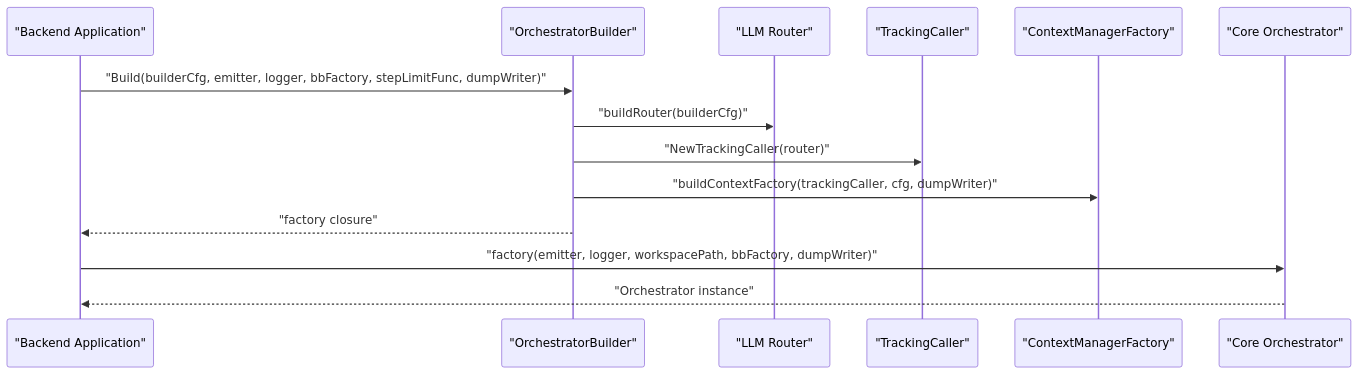
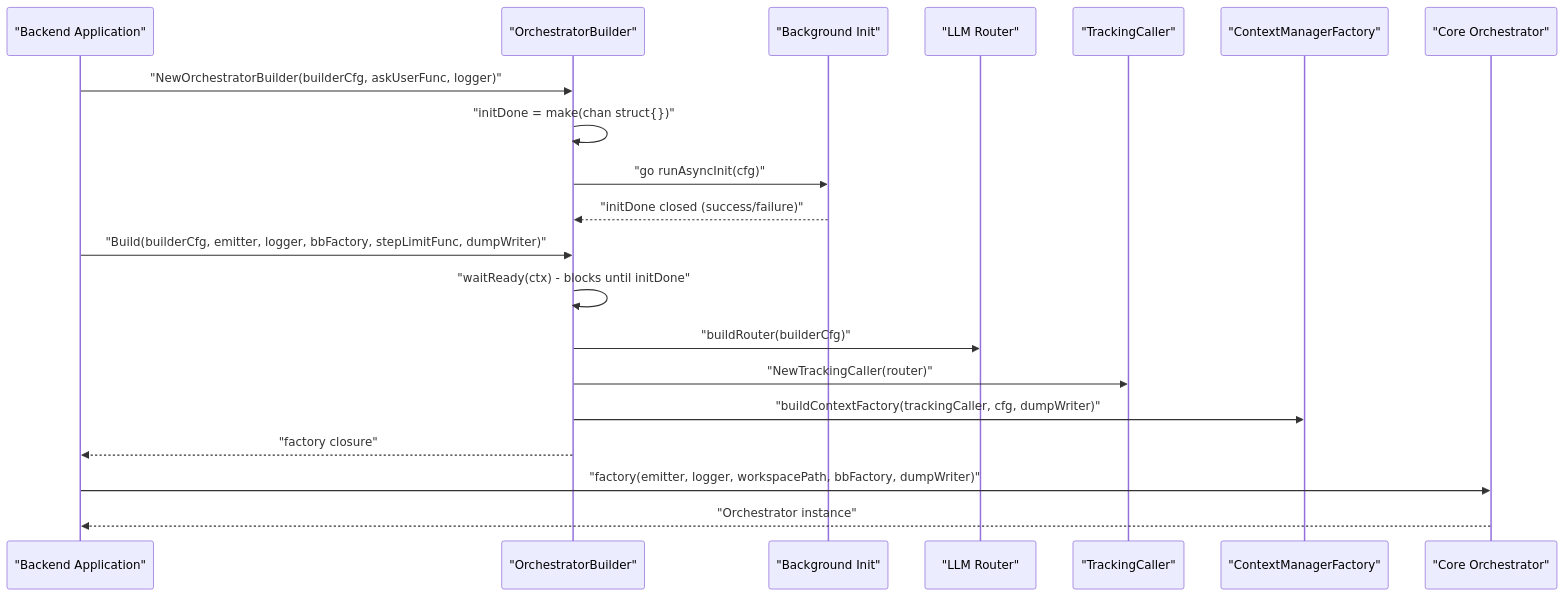
Before and after one commit to v0lka/c0wrk: the tenth of 15 diagrams in .qoder/repowiki/en/content/Core AI Engine/Orchestrator Architecture.md, drawn with Mermaid. The commit also changed other lines of this file and 8 other files, not shown here.

````diff
--- a/.qoder/repowiki/en/content/Core AI Engine/Orchestrator Architecture.md
+++ b/.qoder/repowiki/en/content/Core AI Engine/Orchestrator Architecture.md
@@ -489,16 +516,22 @@
 ```mermaid
 sequenceDiagram
 participant Backend as "Backend Application"
 participant Builder as "OrchestratorBuilder"
+participant AsyncInit as "Background Init"
 participant Router as "LLM Router"
 participant Tracking as "TrackingCaller"
 participant ContextFactory as "ContextManagerFactory"
 participant Orchestrator as "Core Orchestrator"
+Backend->>Builder : "NewOrchestratorBuilder(builderCfg, askUserFunc, logger)"
+Builder->>Builder : "initDone = make(chan struct{})"
+Builder->>AsyncInit : "go runAsyncInit(cfg)"
+AsyncInit-->>Builder : "initDone closed (success/failure)"
 Backend->>Builder : "Build(builderCfg, emitter, logger, bbFactory, stepLimitFunc, dumpWriter)"
+Builder->>Builder : "waitReady(ctx) - blocks until initDone"
 Builder->>Router : "buildRouter(builderCfg)"
 Builder->>Tracking : "NewTrackingCaller(router)"
 Builder->>ContextFactory : "buildContextFactory(trackingCaller, cfg, dumpWriter)"
 Builder-->>Backend : "factory closure"
 Backend->>Orchestrator : "factory(emitter, logger, workspacePath, bbFactory, dumpWriter)"
 Orchestrator-->>Backend : "Orchestrator instance"
 ```
````
